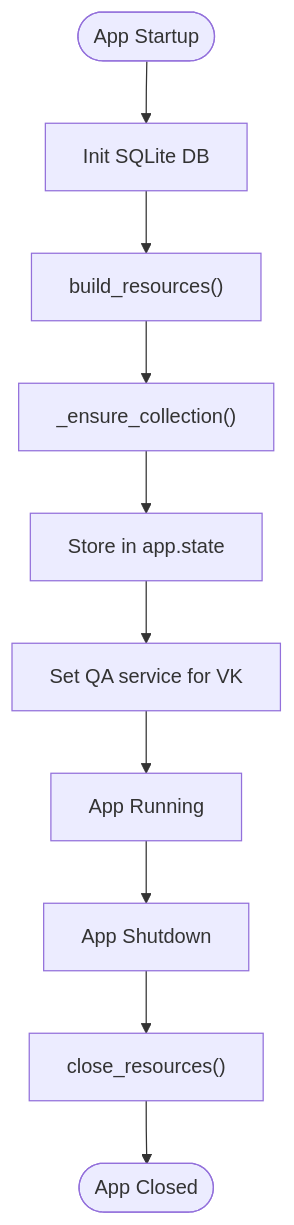
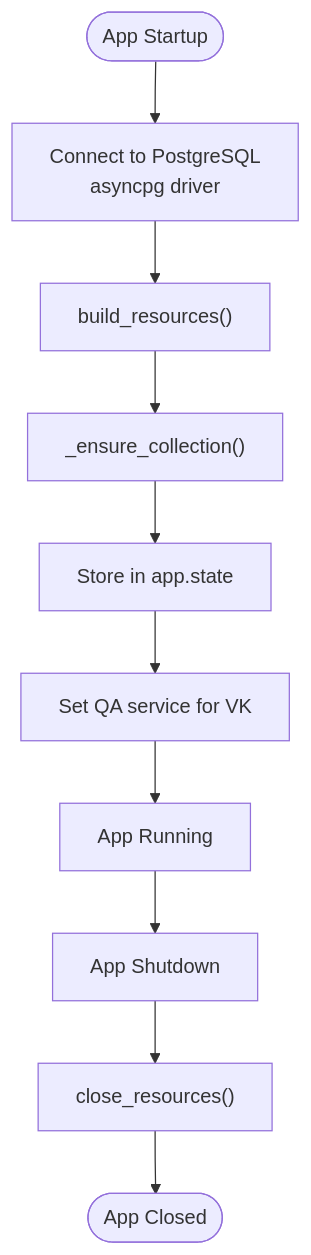
Before and after one commit to ognelis/cafetera_hr_bot: the fourth of 7 diagrams in .qoder/repowiki/en/content/API Reference/Resource Management System.md, drawn with Mermaid. The commit also changed other lines of this file and 13 other files, not shown here.

````diff
--- a/.qoder/repowiki/en/content/API Reference/Resource Management System.md
+++ b/.qoder/repowiki/en/content/API Reference/Resource Management System.md
@@ -257,12 +270,12 @@
 ```mermaid
 flowchart TD
-Start([App Startup]) --> InitDB["Init SQLite DB"]
+Start([App Startup]) --> InitDB["Connect to PostgreSQL<br/>asyncpg driver"]
 InitDB --> BuildRes["build_resources()"]
 BuildRes --> EnsureColl["_ensure_collection()"]
 EnsureColl --> StoreState["Store in app.state"]
 StoreState --> VKHandlers["Set QA service for VK"]
 VKHandlers --> Running["App Running"]
 Running --> Shutdown["App Shutdown"]
 Shutdown --> CloseRes["close_resources()"]
 CloseRes --> End([App Closed])
 ```
````
